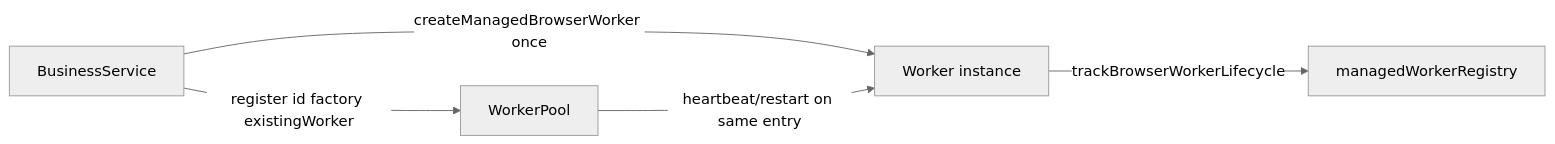
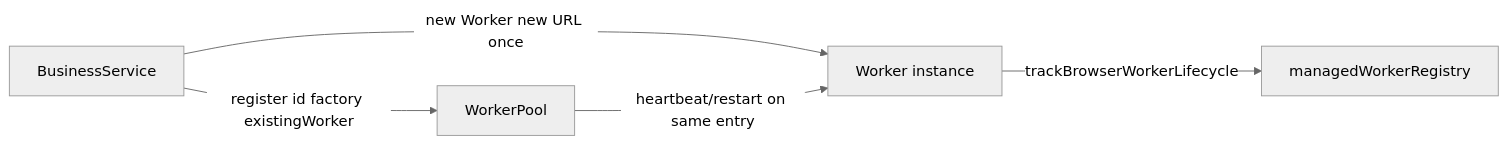
One commit to Abe-Junwei/Jieyu changed the diagram in docs/execution/specs/worker-pool-ownership/design.md. Above: the diagram before and after it, drawn with Mermaid (neutral theme). The commit also changed other lines of this file and 2 other files, not shown here.

First line of the commit message:
docs(workers): replace createManagedBrowserWorker guidance with the literal Worker rule (P-R3-1)

````diff
--- a/docs/execution/specs/worker-pool-ownership/design.md
+++ b/docs/execution/specs/worker-pool-ownership/design.md
@@ -14,7 +14,7 @@
 ```mermaid
 flowchart LR
-  service[BusinessService] -->|createManagedBrowserWorker once| worker[Worker instance]
+  service[BusinessService] -->|new Worker new URL once| worker[Worker instance]
   service -->|register id factory existingWorker| pool[WorkerPool]
   pool -->|heartbeat/restart on same entry| worker
   worker -->|trackBrowserWorkerLifecycle| registry[managedWorkerRegistry]
 ```
````
